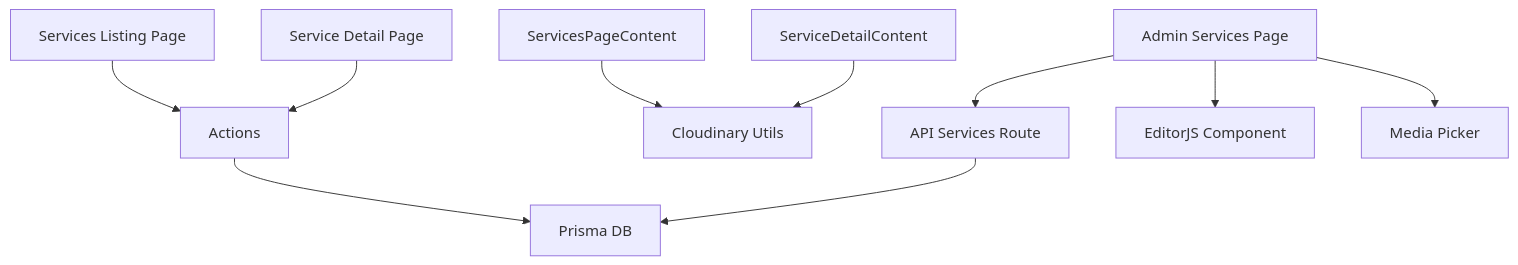
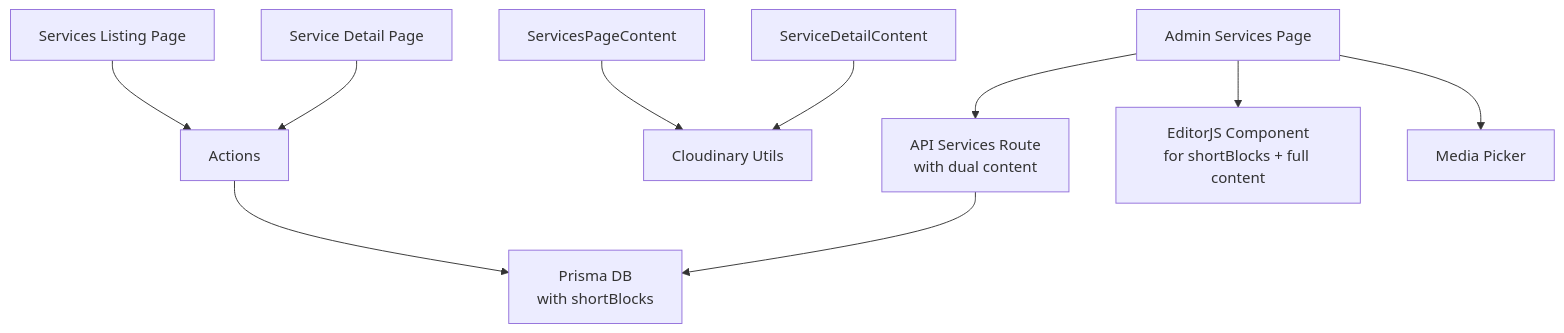
One commit to xLegarda/GreenAxis changed diagram 13 of 13 in .qoder/repowiki/en/content/Core Features Implementation/Public Website Features/Services Catalog System.md. Above: the diagram before and after it, drawn with Mermaid. The commit also changed other lines of this file and 42 other files, not shown here.

````diff
--- a/.qoder/repowiki/en/content/Core Features Implementation/Public Website Features/Services Catalog System.md
+++ b/.qoder/repowiki/en/content/Core Features Implementation/Public Website Features/Services Catalog System.md
@@ -495,12 +529,12 @@
 ```mermaid
 graph TB
 P1["Services Listing Page"] --> A1["Actions"]
 P2["Service Detail Page"] --> A1
-A1 --> DB["Prisma DB"]
+A1 --> DB["Prisma DB<br/>with shortBlocks"]
 C1["ServicesPageContent"] --> U1["Cloudinary Utils"]
 C2["ServiceDetailContent"] --> U1
-A2["Admin Services Page"] --> API["API Services Route"]
+A2["Admin Services Page"] --> API["API Services Route<br/>with dual content"]
 API --> DB
-A2 --> EJ["EditorJS Component"]
+A2 --> EJ["EditorJS Component<br/>for shortBlocks + full content"]
 A2 --> MP["Media Picker"]
 ```
````
